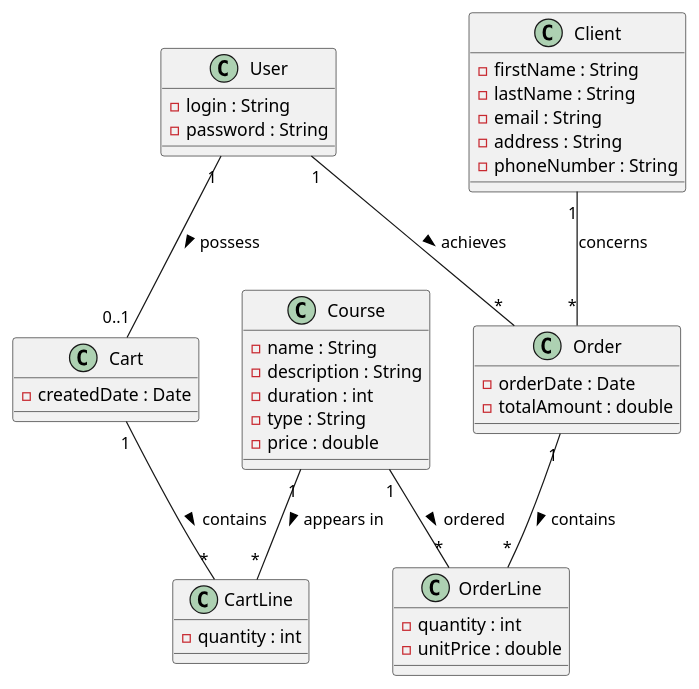
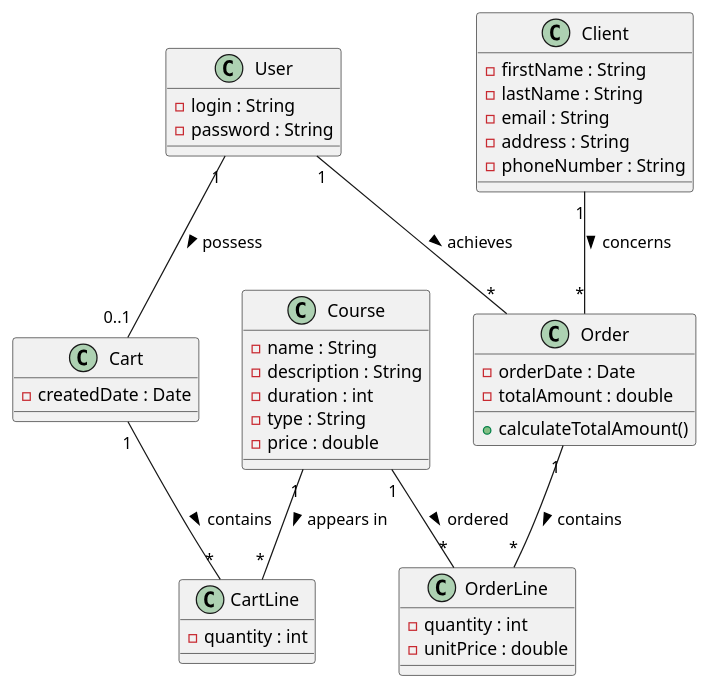
One commit to john7440/EvaluationJava changed the diagram in doc/02-Class/Class.puml. Above: the diagram before and after it, drawn with PlantUML. The commit also changed 1 other file, not shown here.

Commit message:
mise a jour du diagramme de classe

```diff
--- a/doc/02-Class/Class.puml
+++ b/doc/02-Class/Class.puml
@@ -1,53 +1,54 @@
 @startuml
 
 class Course {
   - name : String
   - description : String
   - duration : int
   - type : String
   - price : double
 }
 
 class User {
   - login : String
   - password : String
 }
 
 class Client {
   - firstName : String
   - lastName : String
   - email : String
   - address : String
   - phoneNumber : String
 }
 
 class Cart {
   - createdDate : Date
 }
 
 class CartLine {
   - quantity : int
 }
 
 class Order {
   - orderDate : Date
   - totalAmount : double
+  + calculateTotalAmount()
 }
 
 class OrderLine {
   - quantity : int
   - unitPrice : double
 }
 
 User "1" -- "0..1" Cart : possess >
 User "1" -- "*" Order : achieves >
 
-Client "1" -- "*" Order : concerns
+Client "1" -- "*" Order : concerns >
 
 Cart "1" -- "*" CartLine : contains >
 Course "1" -- "*" CartLine : appears in >
 
 Order "1" -- "*" OrderLine : contains >
 Course "1" -- "*" OrderLine : ordered >
 
 @enduml
```
